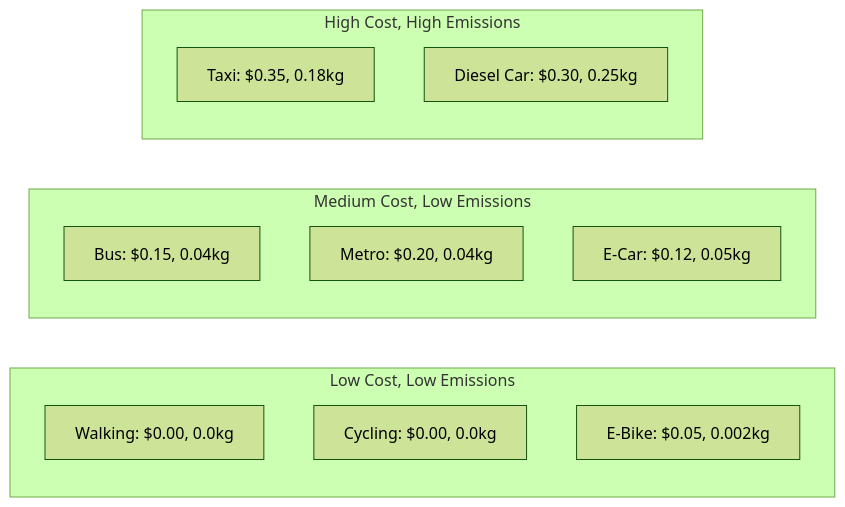
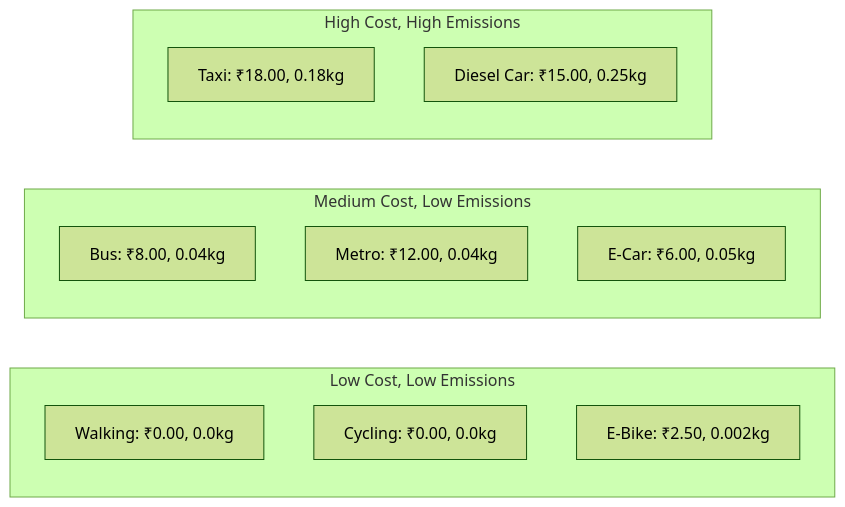
Before and after one commit to jattu8602/gogreen: the second of 5 diagrams in Docs/carbon-emission-research.md, drawn with Mermaid (forest theme). The commit also changed other lines of this file, not shown here.

````diff
--- a/Docs/carbon-emission-research.md
+++ b/Docs/carbon-emission-research.md
@@ -51,19 +51,19 @@
 ```mermaid
 graph LR
     subgraph "Low Cost, Low Emissions"
-        A[Walking: $0.00, 0.0kg]
-        B[Cycling: $0.00, 0.0kg]
-        C[E-Bike: $0.05, 0.002kg]
+        A[Walking: ₹0.00, 0.0kg]
+        B[Cycling: ₹0.00, 0.0kg]
+        C[E-Bike: ₹2.50, 0.002kg]
     end
 
     subgraph "Medium Cost, Low Emissions"
-        D[Bus: $0.15, 0.04kg]
-        E[Metro: $0.20, 0.04kg]
-        F[E-Car: $0.12, 0.05kg]
+        D[Bus: ₹8.00, 0.04kg]
+        E[Metro: ₹12.00, 0.04kg]
+        F[E-Car: ₹6.00, 0.05kg]
     end
 
     subgraph "High Cost, High Emissions"
-        G[Taxi: $0.35, 0.18kg]
-        H[Diesel Car: $0.30, 0.25kg]
+        G[Taxi: ₹18.00, 0.18kg]
+        H[Diesel Car: ₹15.00, 0.25kg]
     end
 ```
````
